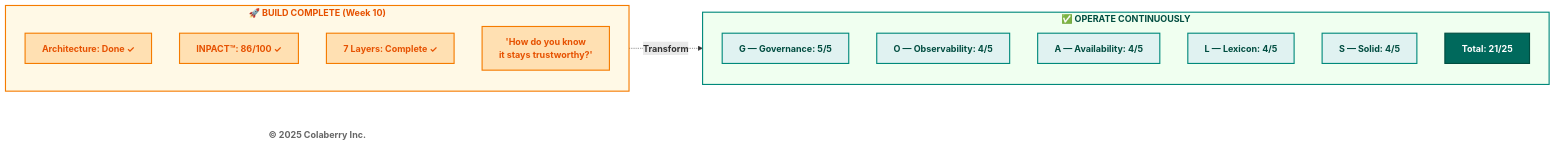
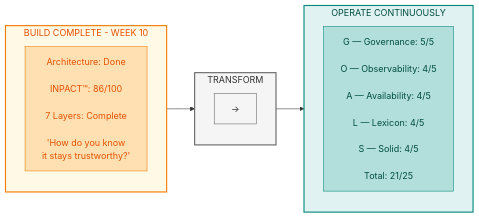
Before and after one commit to saitejesh-cyber/trust-before-intelligence-book: the first of 14 diagrams in manuscript/chapter_7_goals_framework_v3_0.md, drawn with Mermaid. The commit also changed 1 other file, not shown here.

Commit message:
Updating diagram for readability
Updating diagram for readability

````diff
--- a/manuscript/chapter_7_goals_framework_v3_0.md
+++ b/manuscript/chapter_7_goals_framework_v3_0.md
@@ -114,36 +114,28 @@
 ```mermaid
-flowchart LR
-    subgraph BUILD["<b>🚀 BUILD COMPLETE (Week 10)</b>"]
-        B1["<b>Architecture: Done ✓</b>"]
-        B2["<b>INPACT™: 86/100 ✓</b>"]
-        B3["<b>7 Layers: Complete ✓</b>"]
-        B4["<b>'How do you know</b><br/><b>it stays trustworthy?'</b>"]
+
+graph LR
+    subgraph BUILD["BUILD COMPLETE - WEEK 10"]
+        direction TB
+        B1["Architecture: Done<br/><br/>INPACT™: 86/100<br/><br/>7 Layers: Complete<br/><br/>'How do you know<br/>it stays trustworthy?'"]
     end
+    
+    subgraph TRANSFORM["TRANSFORM"]
+        direction TB
+        T1["→"]
+    end
+    
+    subgraph OPERATE["OPERATE CONTINUOUSLY"]
+        direction TB
+        O1["G — Governance: 5/5<br/><br/>O — Observability: 4/5<br/><br/>A — Availability: 4/5<br/><br/>L — Lexicon: 4/5<br/><br/>S — Solid: 4/5<br/><br/>Total: 21/25"]
+    end
+    
+    BUILD --> TRANSFORM --> OPERATE
+    
+    style BUILD fill:#fff9e6,stroke:#f57c00,stroke-width:2px,color:#e65100
+    style TRANSFORM fill:#f5f5f5,stroke:#666666,stroke-width:2px,color:#333333
+    style OPERATE fill:#e0f2f1,stroke:#00897b,stroke-width:2px,color:#004d40
+    style B1 fill:#ffe0b2,stroke:#f57c00,color:#e65100
+    style T1 fill:#f5f5f5,stroke:#666666,color:#333333
+    style O1 fill:#b2dfdb,stroke:#00897b,color:#004d40
 
-    subgraph OPERATE["<b>✅ OPERATE CONTINUOUSLY</b>"]
-        G["<b>G — Governance: 5/5</b>"]
-        O["<b>O — Observability: 4/5</b>"]
-        A["<b>A — Availability: 4/5</b>"]
-        L["<b>L — Lexicon: 4/5</b>"]
-        S["<b>S — Solid: 4/5</b>"]
-        T["<b>Total: 21/25</b>"]
-    end
-
-    Copyright["<b>© 2025 Colaberry Inc.</b>"]
-
-    BUILD -.->|"<b>Transform</b>"| OPERATE
-
-    style BUILD fill:#fff9e6,stroke:#f57c00,stroke-width:2px,color:#e65100
-    style B1 fill:#ffe0b2,stroke:#f57c00,stroke-width:2px,color:#e65100
-    style B2 fill:#ffe0b2,stroke:#f57c00,stroke-width:2px,color:#e65100
-    style B3 fill:#ffe0b2,stroke:#f57c00,stroke-width:2px,color:#e65100
-    style B4 fill:#ffe0b2,stroke:#f57c00,stroke-width:2px,color:#e65100
-    style OPERATE fill:#f0fff0,stroke:#00897b,stroke-width:2px,color:#004d40
-    style G fill:#e0f2f1,stroke:#00897b,stroke-width:2px,color:#004d40
-    style O fill:#e0f2f1,stroke:#00897b,stroke-width:2px,color:#004d40
-    style A fill:#e0f2f1,stroke:#00897b,stroke-width:2px,color:#004d40
-    style L fill:#e0f2f1,stroke:#00897b,stroke-width:2px,color:#004d40
-    style S fill:#e0f2f1,stroke:#00897b,stroke-width:2px,color:#004d40
-    style T fill:#00695c,stroke:#004d40,stroke-width:2px,color:#ffffff
-    style Copyright fill:#ffffff,stroke:none,color:#666666
 ```
````
